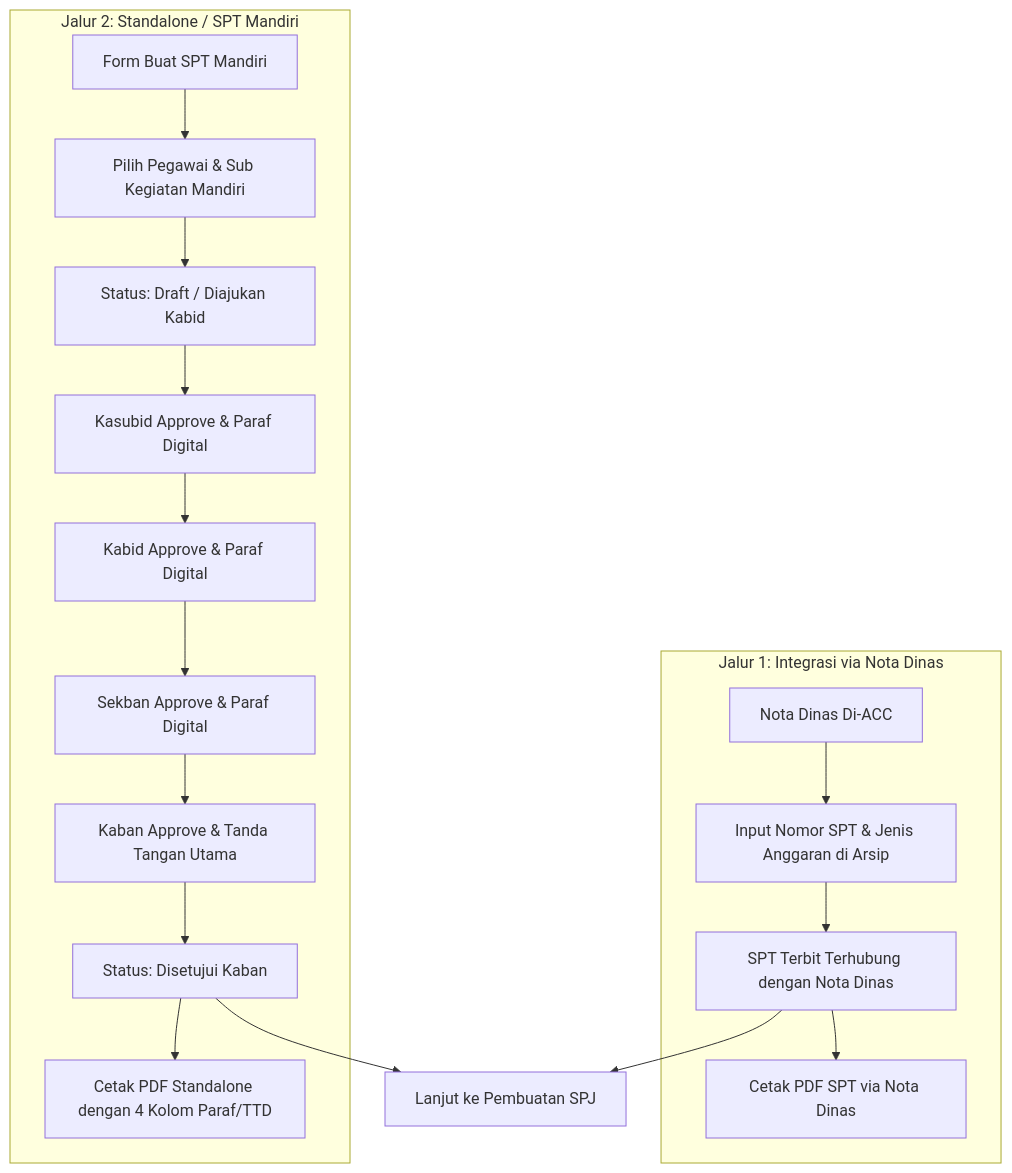
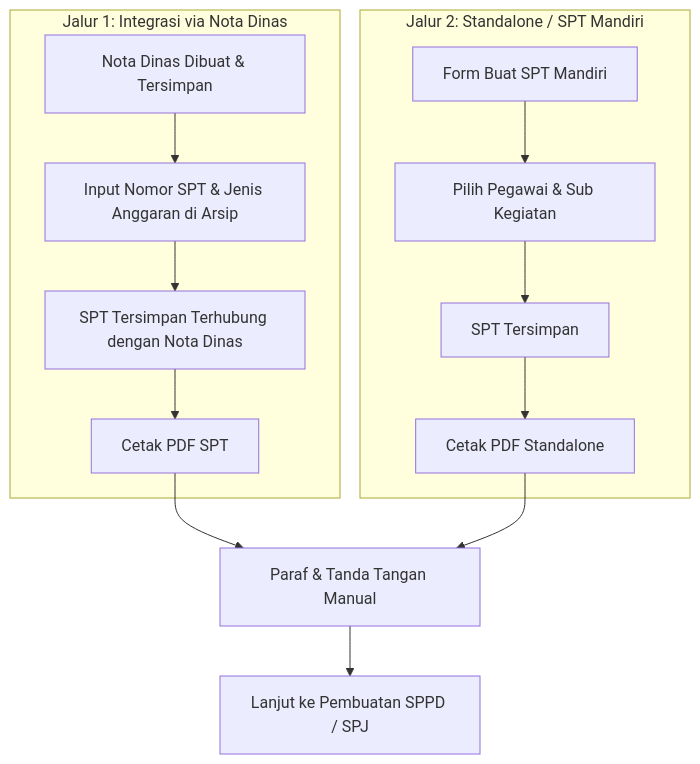
The second of 4 diagrams in BUSINESS_FLOWS.md (rakhapradana01/app_sptV2), drawn with Mermaid before and after one commit. The commit also changed other lines of this file and 20 other files, not shown here.

Commit message:
perbaikan nota dinas

````diff
--- a/BUSINESS_FLOWS.md
+++ b/BUSINESS_FLOWS.md
@@ -202,22 +195,18 @@
 ```mermaid
 flowchart TD
     subgraph Jalur_1["Jalur 1: Integrasi via Nota Dinas"]
-        A[Nota Dinas Di-ACC] --> B[Input Nomor SPT & Jenis Anggaran di Arsip]
-        B --> C[SPT Terbit Terhubung dengan Nota Dinas]
-        C --> D[Cetak PDF SPT via Nota Dinas]
+        A[Nota Dinas Dibuat & Tersimpan] --> B[Input Nomor SPT & Jenis Anggaran di Arsip]
+        B --> C[SPT Tersimpan Terhubung dengan Nota Dinas]
+        C --> D[Cetak PDF SPT]
     end
 
     subgraph Jalur_2["Jalur 2: Standalone / SPT Mandiri"]
-        E[Form Buat SPT Mandiri] --> F[Pilih Pegawai & Sub Kegiatan Mandiri]
-        F --> G[Status: Draft / Diajukan Kabid]
-        G --> H[Kasubid Approve & Paraf Digital]
-        H --> I[Kabid Approve & Paraf Digital]
-        I --> J[Sekban Approve & Paraf Digital]
-        J --> K[Kaban Approve & Tanda Tangan Utama]
-        K --> L[Status: Disetujui Kaban]
-        L --> M[Cetak PDF Standalone dengan 4 Kolom Paraf/TTD]
+        E[Form Buat SPT Mandiri] --> F[Pilih Pegawai & Sub Kegiatan]
+        F --> G[SPT Tersimpan]
+        G --> H[Cetak PDF Standalone]
     end
 
-    C --> N[Lanjut ke Pembuatan SPJ]
-    L --> N
+    D --> I[Paraf & Tanda Tangan Manual]
+    H --> I
+    I --> J[Lanjut ke Pembuatan SPPD / SPJ]
 ```
````
